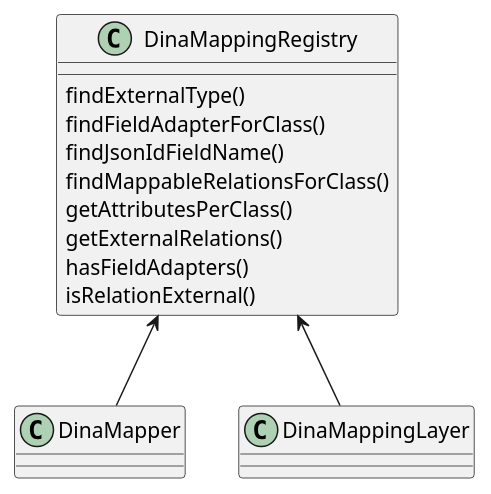
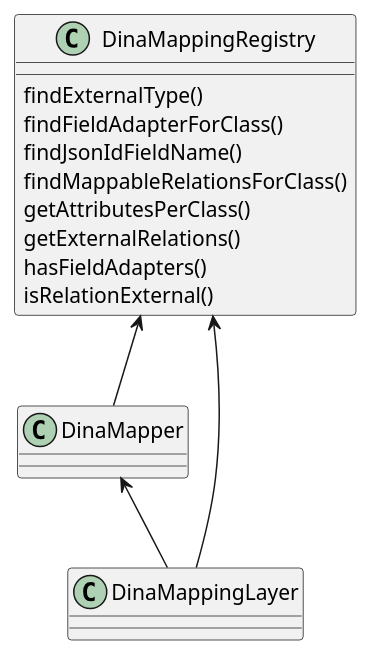
One commit to AAFC-BICoE/dina-base-api changed the diagram in docs/plantumls/MappingOverview.puml. Above: the diagram before and after it, drawn with PlantUML.

Commit message:
24128_allow_mapping_on_dto_that_is_not_relation
update MappingOverview.puml

```diff
--- a/docs/plantumls/MappingOverview.puml
+++ b/docs/plantumls/MappingOverview.puml
@@ -1,13 +1,14 @@
 @startuml
 DinaMappingRegistry <-- DinaMapper
 DinaMappingRegistry <-- DinaMappingLayer
+DinaMapper <-- DinaMappingLayer
 
 DinaMappingRegistry : findExternalType()
 DinaMappingRegistry : findFieldAdapterForClass()
 DinaMappingRegistry : findJsonIdFieldName()
 DinaMappingRegistry : findMappableRelationsForClass()
 DinaMappingRegistry : getAttributesPerClass()
 DinaMappingRegistry : getExternalRelations()
 DinaMappingRegistry : hasFieldAdapters()
 DinaMappingRegistry : isRelationExternal()
 @enduml
```
